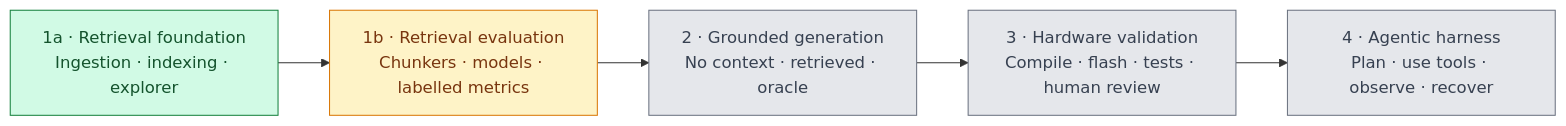
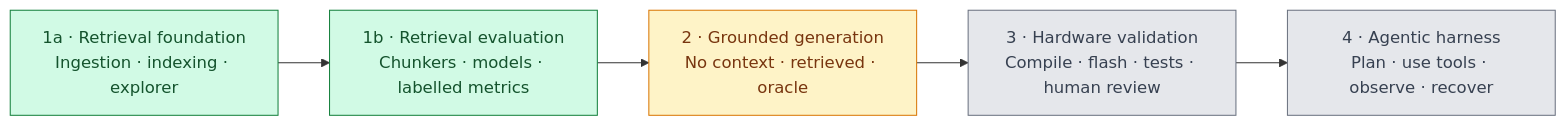
The first of 2 diagrams in README.md (TomiHeikkinen96/Embedded-Rag-Evaluation-Platform), drawn with Mermaid before and after one commit. The commit also changed other lines of this file and 1 other file, not shown here.

Commit message:
Updated stale readme to include current status

````diff
--- a/README.md
+++ b/README.md
@@ -24,17 +25,17 @@
 ```mermaid
 flowchart LR
     P1A["1a · Retrieval foundation\nIngestion · indexing · explorer"]
     P1B["1b · Retrieval evaluation\nChunkers · models · labelled metrics"]
     P2["2 · Grounded generation\nNo context · retrieved · oracle"]
     P3["3 · Hardware validation\nCompile · flash · tests · human review"]
     P4["4 · Agentic harness\nPlan · use tools · observe · recover"]
 
     P1A --> P1B --> P2 --> P3 --> P4
 
     classDef done fill:#d1fae5,stroke:#15803d,color:#14532d;
     classDef current fill:#fef3c7,stroke:#d97706,color:#78350f;
     classDef planned fill:#e5e7eb,stroke:#6b7280,color:#374151;
-    class P1A done;
-    class P1B current;
-    class P2,P3,P4 planned;
+    class P1A,P1B done;
+    class P2 current;
+    class P3,P4 planned;
 ```
````
